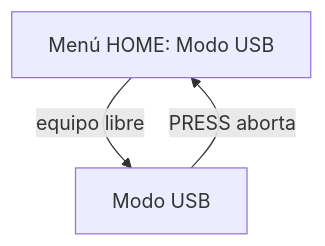
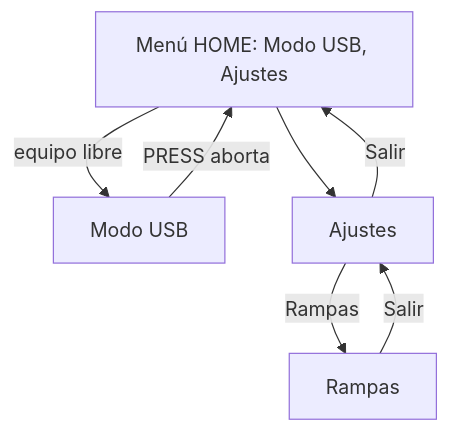
One commit to krisskira/smd-soldering-hotplate changed the first of 4 diagrams in doc/product_features.md. Above: the diagram before and after it, drawn with Mermaid. The commit also changed other lines of this file and 13 other files, not shown here.

````diff
--- a/doc/product_features.md
+++ b/doc/product_features.md
@@ -26,8 +26,14 @@
 ```mermaid
 flowchart TD
-    menu["Menú HOME: Modo USB"]
+    menu["Menú HOME: Modo USB, Ajustes"]
     usb["Modo USB"]
+    set["Ajustes"]
+    ramps["Rampas"]
 
     menu -->|"equipo libre"| usb
     usb -->|"PRESS aborta"| menu
+    menu --> set
+    set -->|"Rampas"| ramps
+    ramps -->|"Salir"| set
+    set -->|"Salir"| menu
 ```
````
